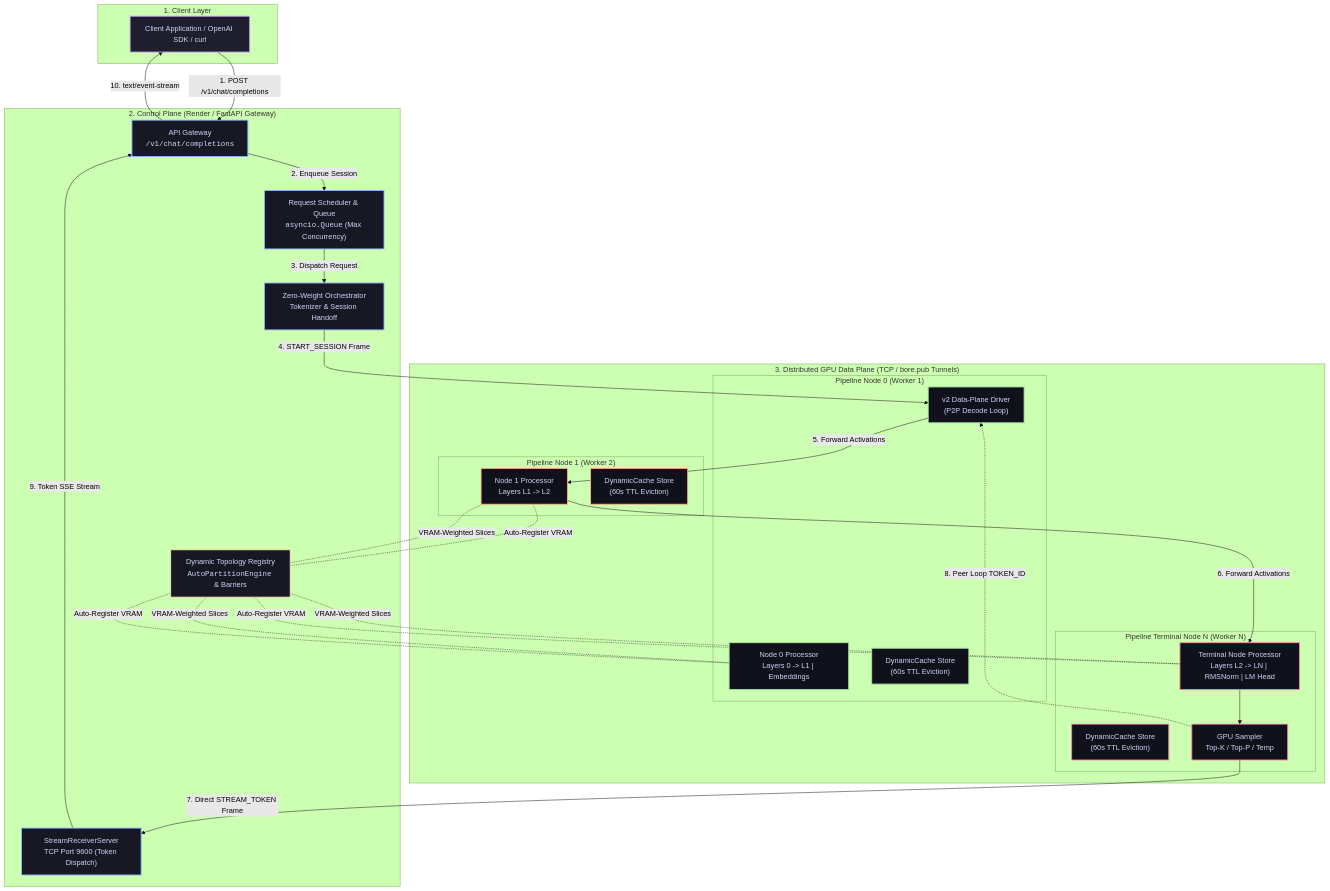
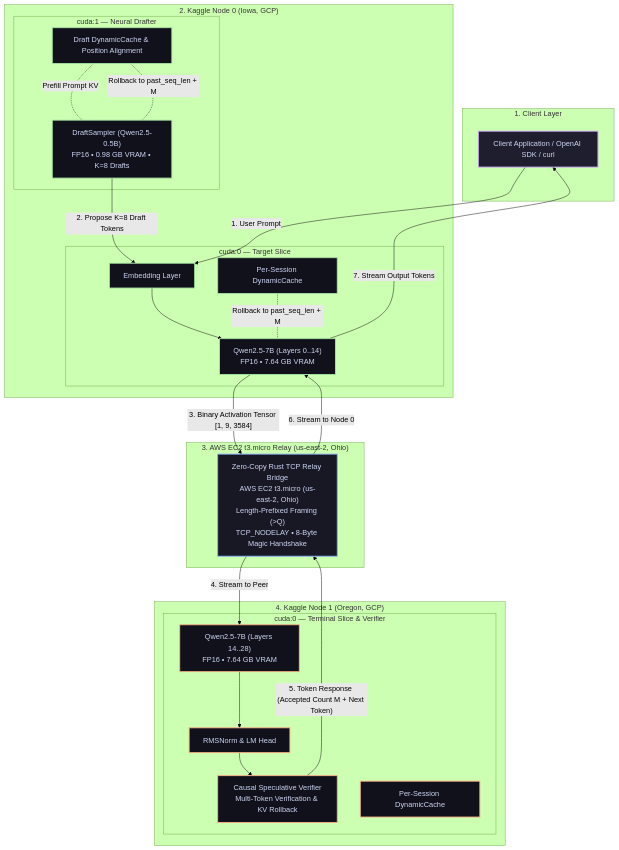
Before and after one commit to rautaditya2606/Shardflow: the first of 4 diagrams in ARCHITECTURE.md, drawn with Mermaid (forest theme). The commit also changed 1 other file, not shown here.

Commit message:
docs: update system architecture diagram and EC2 t3.micro us-east-2 region specifications

````diff
--- a/ARCHITECTURE.md
+++ b/ARCHITECTURE.md
@@ -75,60 +75,52 @@
 ```mermaid
 graph TD
     classDef client fill:#1e1e2e,stroke:#cba6f7,stroke-width:2px,color:#cdd6f4
     classDef control fill:#181825,stroke:#89b4fa,stroke-width:2px,color:#cdd6f4
     classDef reg fill:#181825,stroke:#f9e2af,stroke-width:2px,color:#cdd6f4
     classDef node0 fill:#11111b,stroke:#a6e3a1,stroke-width:2px,color:#cdd6f4
     classDef node1 fill:#11111b,stroke:#fab387,stroke-width:2px,color:#cdd6f4
-    classDef nodeN fill:#11111b,stroke:#f38ba8,stroke-width:2px,color:#cdd6f4
+    classDef relay fill:#181825,stroke:#89b4fa,stroke-width:2px,color:#cdd6f4
 
     subgraph ClientLayer["1. Client Layer"]
         C["Client Application / OpenAI SDK / curl"]:::client
     end
 
-    subgraph ControlPlane["2. Control Plane (Render / FastAPI Gateway)"]
-        GW["API Gateway<br/><code>/v1/chat/completions</code>"]:::control
-        SCHED["Request Scheduler & Queue<br/><code>asyncio.Queue</code> (Max Concurrency)"]:::control
-        REG["Dynamic Topology Registry<br/><code>AutoPartitionEngine</code> & Barriers"]:::reg
-        SRV["StreamReceiverServer<br/>TCP Port 9600 (Token Dispatch)"]:::control
-        ORCH["Zero-Weight Orchestrator<br/>Tokenizer & Session Handoff"]:::control
-    end
-
-    subgraph DataPlane["3. Distributed GPU Data Plane (TCP / bore.pub Tunnels)"]
-        subgraph Node0["Pipeline Node 0 (Worker 1)"]
-            N0_PROC["Node 0 Processor<br/>Layers 0 -> L1 | Embeddings"]:::node0
-            N0_KV["DynamicCache Store<br/>(60s TTL Eviction)"]:::node0
-            N0_DRIVER["v2 Data-Plane Driver<br/>(P2P Decode Loop)"]:::node0
+    subgraph Node0Instance["2. Kaggle Node 0 (Iowa, GCP)"]
+        subgraph GPU0["cuda:0 — Target Slice"]
+            N0_EMB["Embedding Layer"]:::node0
+            N0_LAYERS["Qwen2.5-7B (Layers 0..14)<br/>FP16 • 7.64 GB VRAM"]:::node0
+            N0_KV["Per-Session DynamicCache"]:::node0
         end
-
-        subgraph Node1["Pipeline Node 1 (Worker 2)"]
-            N1_PROC["Node 1 Processor<br/>Layers L1 -> L2"]:::node1
-            N1_KV["DynamicCache Store<br/>(60s TTL Eviction)"]:::node1
-        end
-
-        subgraph NodeN["Pipeline Terminal Node N (Worker N)"]
-            NN_PROC["Terminal Node Processor<br/>Layers L2 -> LN | RMSNorm | LM Head"]:::nodeN
-            NN_KV["DynamicCache Store<br/>(60s TTL Eviction)"]:::nodeN
-            NN_SAMP["GPU Sampler<br/>Top-K / Top-P / Temp"]:::nodeN
+        subgraph GPU1["cuda:1 — Neural Drafter"]
+            DRAFT["DraftSampler (Qwen2.5-0.5B)<br/>FP16 • 0.98 GB VRAM • K=8 Drafts"]:::node0
+            DRAFT_KV["Draft DynamicCache & Position Alignment"]:::node0
         end
     end
 
-    C -->|"1. POST /v1/chat/completions"| GW
-    GW -->|"2. Enqueue Session"| SCHED
-    SCHED -->|"3. Dispatch Request"| ORCH
-    
-    N0_PROC -.-|"Auto-Register VRAM"| REG
-    N1_PROC -.-|"Auto-Register VRAM"| REG
-    NN_PROC -.-|"Auto-Register VRAM"| REG
-    REG -.-|"VRAM-Weighted Slices"| N0_PROC
-    REG -.-|"VRAM-Weighted Slices"| N1_PROC
-    REG -.-|"VRAM-Weighted Slices"| NN_PROC
+    subgraph RelayServer["3. AWS EC2 t3.micro Relay (us-east-2, Ohio)"]
+        RELAY["Zero-Copy Rust TCP Relay Bridge<br/>AWS EC2 t3.micro (us-east-2, Ohio)<br/>Length-Prefixed Framing (>Q)<br/>TCP_NODELAY • 8-Byte Magic Handshake"]:::relay
+    end
 
-    ORCH -->|"4. START_SESSION Frame"| N0_DRIVER
-    N0_DRIVER -->|"5. Forward Activations"| N1_PROC
-    N1_PROC -->|"6. Forward Activations"| NN_PROC
-    NN_PROC --> NN_SAMP
-    NN_SAMP -->|"7. Direct STREAM_TOKEN Frame"| SRV
-    NN_SAMP -.->|"8. Peer Loop TOKEN_ID"| N0_DRIVER
-    SRV -->|"9. Token SSE Stream"| GW
-    GW -->|"10. text/event-stream"| C
+    subgraph Node1Instance["4. Kaggle Node 1 (Oregon, GCP)"]
+        subgraph GPU_N1["cuda:0 — Terminal Slice & Verifier"]
+            N1_LAYERS["Qwen2.5-7B (Layers 14..28)<br/>FP16 • 7.64 GB VRAM"]:::node1
+            N1_HEAD["RMSNorm & LM Head"]:::node1
+            N1_VERIFY["Causal Speculative Verifier<br/>Multi-Token Verification & KV Rollback"]:::node1
+            N1_KV["Per-Session DynamicCache"]:::node1
+        end
+    end
+
+    C -->|"1. User Prompt"| N0_EMB
+    DRAFT_KV -.-|"Prefill Prompt KV"| DRAFT
+    DRAFT -->|"2. Propose K=8 Draft Tokens"| N0_EMB
+    N0_EMB --> N0_LAYERS
+    N0_LAYERS -->|"3. Binary Activation Tensor [1, 9, 3584]"| RELAY
+    RELAY -->|"4. Stream to Peer"| N1_LAYERS
+    N1_LAYERS --> N1_HEAD
+    N1_HEAD --> N1_VERIFY
+    N1_VERIFY -->|"5. Token Response (Accepted Count M + Next Token)"| RELAY
+    RELAY -->|"6. Stream to Node 0"| N0_LAYERS
+    N0_KV -.-|"Rollback to past_seq_len + M"| N0_LAYERS
+    DRAFT_KV -.-|"Rollback to past_seq_len + M"| DRAFT
+    N0_LAYERS -->|"7. Stream Output Tokens"| C
 ```
````
